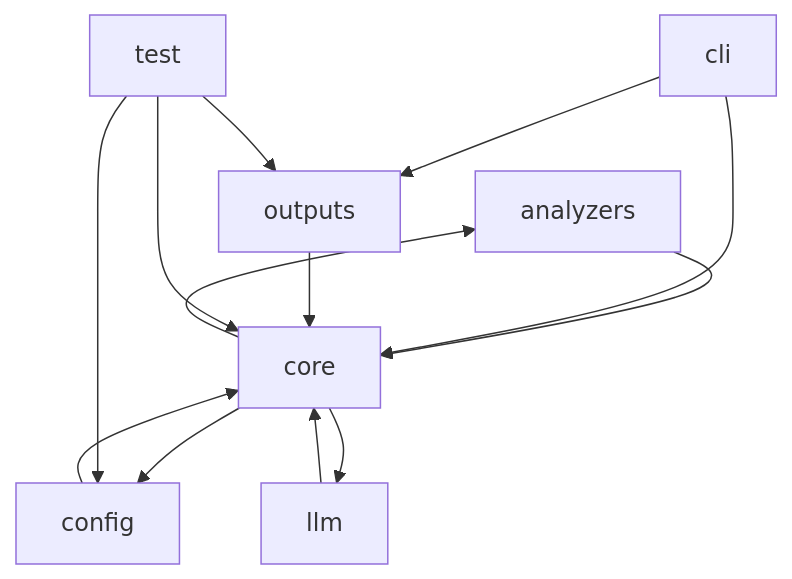
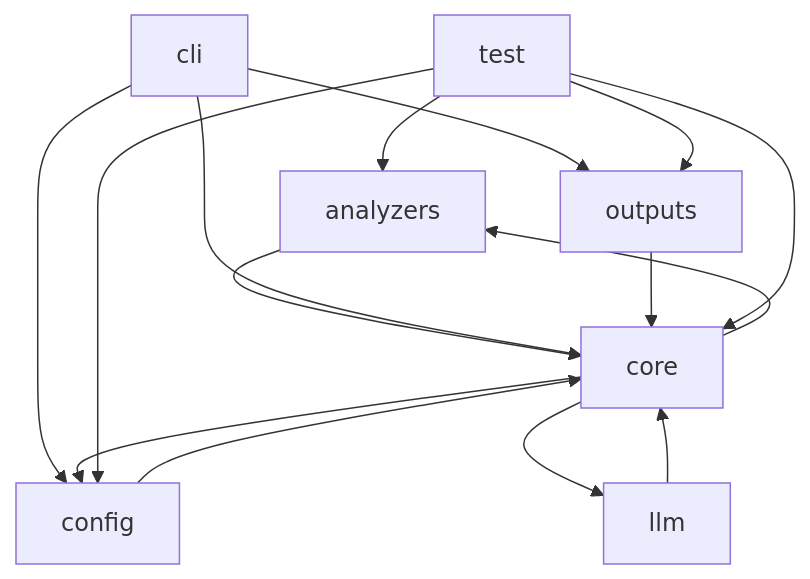
One commit to whut09/Code-Agent-plusplus changed the diagram in .agent-context/dependency-graph.md. Above: the diagram before and after it, drawn with Mermaid. The commit also changed other lines of this file and 79 other files, not shown here.

````diff
--- a/.agent-context/dependency-graph.md
+++ b/.agent-context/dependency-graph.md
@@ -4,15 +4,17 @@
 ```mermaid
 graph TD
   analyzers["analyzers"] --> core["core"]
+  cli["cli"] --> config["config"]
   cli["cli"] --> core["core"]
   cli["cli"] --> outputs["outputs"]
   config["config"] --> core["core"]
   core["core"] --> analyzers["analyzers"]
   core["core"] --> config["config"]
   core["core"] --> llm["llm"]
   llm["llm"] --> core["core"]
   outputs["outputs"] --> core["core"]
+  test["test"] --> analyzers["analyzers"]
   test["test"] --> config["config"]
   test["test"] --> core["core"]
   test["test"] --> outputs["outputs"]
 ```
````
